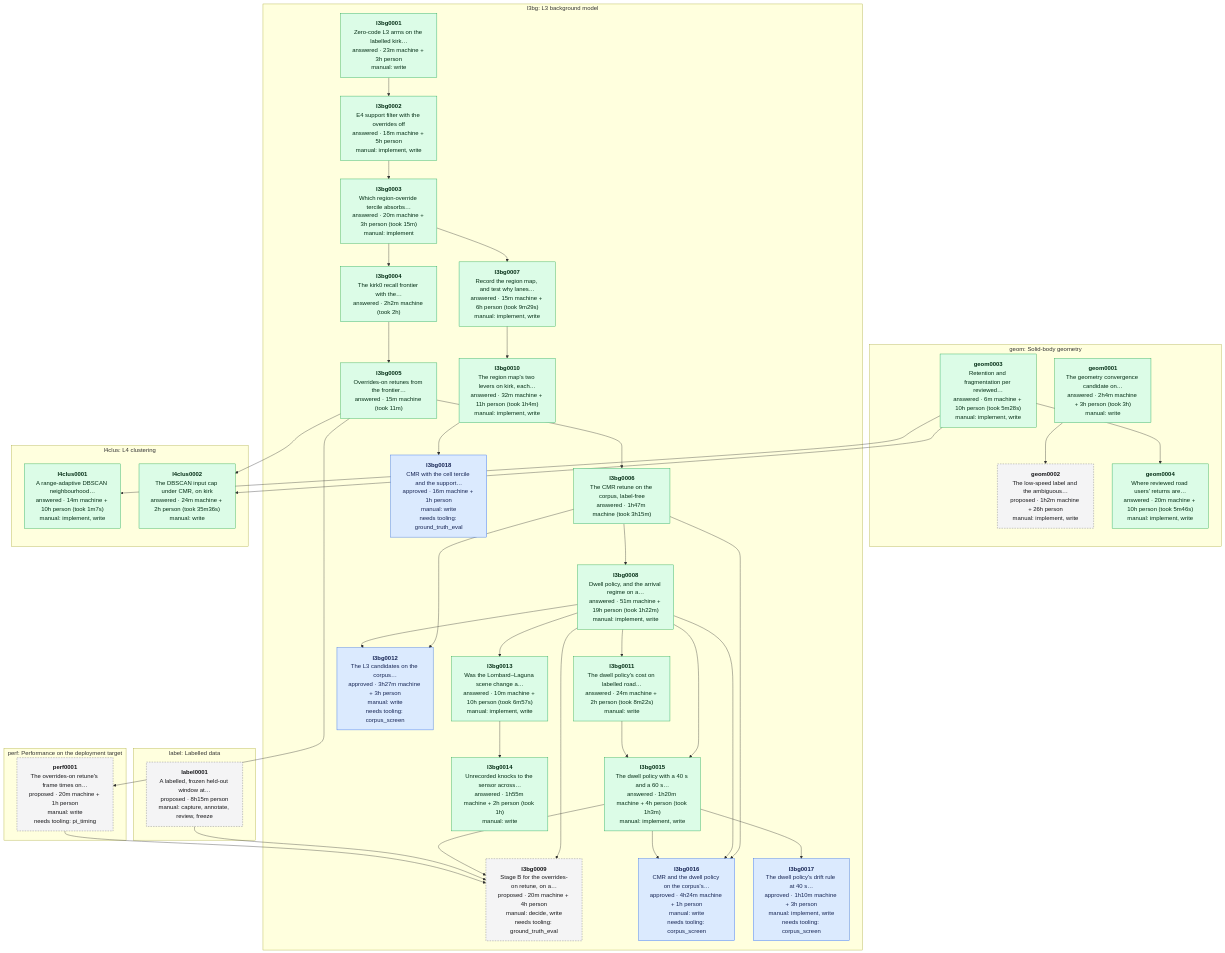
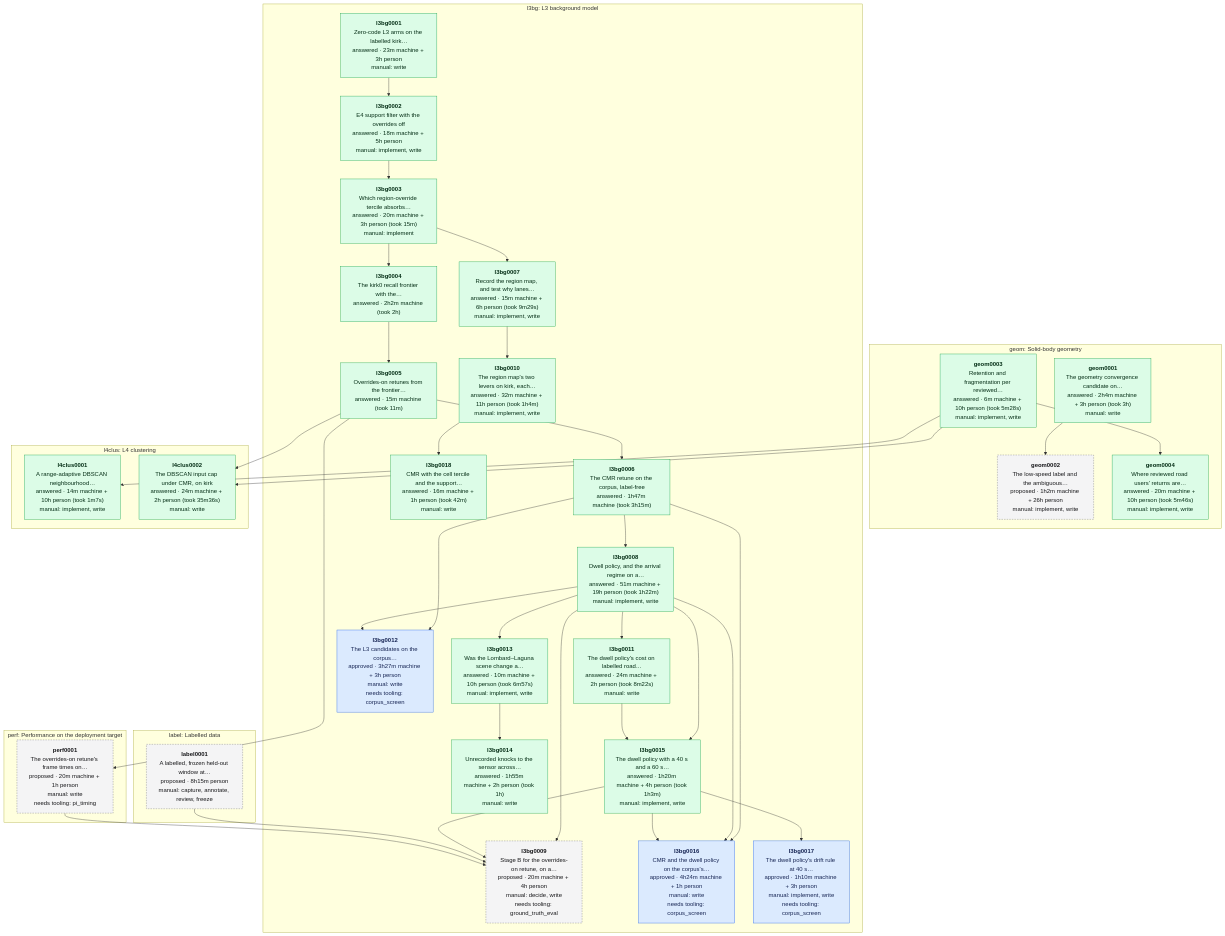
The diagram in data/experiments/DEPENDENCIES.md (banshee-data/velocity.report), drawn with Mermaid before and after one commit. The commit also changed other lines of this file and 3 other files, not shown here.

Commit message:
[ai][docs] l3bg0018 answered; Stage B's spec notes the 40 s arm and the support-filter candidate

````diff
--- a/data/experiments/DEPENDENCIES.md
+++ b/data/experiments/DEPENDENCIES.md
@@ -7,73 +7,73 @@
 ```mermaid
 flowchart TB
   classDef proposed fill:#f4f4f5,stroke:#71717a,stroke-dasharray:4 3,color:#18181b
   classDef approved fill:#dbeafe,stroke:#2563eb,color:#172554
   classDef answered fill:#dcfce7,stroke:#16a34a,color:#052e16
   classDef retired fill:#fafafa,stroke:#d4d4d8,color:#71717a
   subgraph area_geom ["geom: Solid-body geometry"]
     geom0001["<b>geom0001</b><br/>The geometry convergence candidate on…<br/>answered · 2h4m machine + 3h person (took 3h)<br/>manual: write"]:::answered
     geom0002["<b>geom0002</b><br/>The low-speed label and the ambiguous…<br/>proposed · 1h2m machine + 26h person<br/>manual: implement, write"]:::proposed
     geom0003["<b>geom0003</b><br/>Retention and fragmentation per reviewed…<br/>answered · 6m machine + 10h person (took 5m28s)<br/>manual: implement, write"]:::answered
     geom0004["<b>geom0004</b><br/>Where reviewed road users' returns are…<br/>answered · 20m machine + 10h person (took 5m46s)<br/>manual: implement, write"]:::answered
   end
   subgraph area_l3bg ["l3bg: L3 background model"]
     l3bg0001["<b>l3bg0001</b><br/>Zero-code L3 arms on the labelled kirk…<br/>answered · 23m machine + 3h person<br/>manual: write"]:::answered
     l3bg0002["<b>l3bg0002</b><br/>E4 support filter with the overrides off<br/>answered · 18m machine + 5h person<br/>manual: implement, write"]:::answered
     l3bg0003["<b>l3bg0003</b><br/>Which region-override tercile absorbs…<br/>answered · 20m machine + 3h person (took 15m)<br/>manual: implement"]:::answered
     l3bg0004["<b>l3bg0004</b><br/>The kirk0 recall frontier with the…<br/>answered · 2h2m machine (took 2h)"]:::answered
     l3bg0005["<b>l3bg0005</b><br/>Overrides-on retunes from the frontier…<br/>answered · 15m machine (took 11m)"]:::answered
     l3bg0006["<b>l3bg0006</b><br/>The CMR retune on the corpus, label-free<br/>answered · 1h47m machine (took 3h15m)"]:::answered
     l3bg0007["<b>l3bg0007</b><br/>Record the region map, and test why lanes…<br/>answered · 15m machine + 6h person (took 9m29s)<br/>manual: implement, write"]:::answered
     l3bg0008["<b>l3bg0008</b><br/>Dwell policy, and the arrival regime on a…<br/>answered · 51m machine + 19h person (took 1h22m)<br/>manual: implement, write"]:::answered
     l3bg0009["<b>l3bg0009</b><br/>Stage B for the overrides-on retune, on a…<br/>proposed · 20m machine + 4h person<br/>manual: decide, write<br/>needs tooling: ground_truth_eval"]:::proposed
     l3bg0010["<b>l3bg0010</b><br/>The region map's two levers on kirk, each…<br/>answered · 32m machine + 11h person (took 1h4m)<br/>manual: implement, write"]:::answered
     l3bg0011["<b>l3bg0011</b><br/>The dwell policy's cost on labelled road…<br/>answered · 24m machine + 2h person (took 8m22s)<br/>manual: write"]:::answered
     l3bg0012["<b>l3bg0012</b><br/>The L3 candidates on the corpus…<br/>approved · 3h27m machine + 3h person<br/>manual: write<br/>needs tooling: corpus_screen"]:::approved
     l3bg0013["<b>l3bg0013</b><br/>Was the Lombard–Laguna scene change a…<br/>answered · 10m machine + 10h person (took 6m57s)<br/>manual: implement, write"]:::answered
     l3bg0014["<b>l3bg0014</b><br/>Unrecorded knocks to the sensor across…<br/>answered · 1h55m machine + 2h person (took 1h)<br/>manual: write"]:::answered
     l3bg0015["<b>l3bg0015</b><br/>The dwell policy with a 40 s and a 60 s…<br/>answered · 1h20m machine + 4h person (took 1h3m)<br/>manual: implement, write"]:::answered
     l3bg0016["<b>l3bg0016</b><br/>CMR and the dwell policy on the corpus's…<br/>approved · 4h24m machine + 1h person<br/>manual: write<br/>needs tooling: corpus_screen"]:::approved
     l3bg0017["<b>l3bg0017</b><br/>The dwell policy's drift rule at 40 s…<br/>approved · 1h10m machine + 3h person<br/>manual: implement, write<br/>needs tooling: corpus_screen"]:::approved
-    l3bg0018["<b>l3bg0018</b><br/>CMR with the cell tercile and the support…<br/>approved · 16m machine + 1h person<br/>manual: write<br/>needs tooling: ground_truth_eval"]:::approved
+    l3bg0018["<b>l3bg0018</b><br/>CMR with the cell tercile and the support…<br/>answered · 16m machine + 1h person (took 42m)<br/>manual: write"]:::answered
   end
   subgraph area_l4clus ["l4clus: L4 clustering"]
     l4clus0001["<b>l4clus0001</b><br/>A range-adaptive DBSCAN neighbourhood…<br/>answered · 14m machine + 10h person (took 1m7s)<br/>manual: implement, write"]:::answered
     l4clus0002["<b>l4clus0002</b><br/>The DBSCAN input cap under CMR, on kirk<br/>answered · 24m machine + 2h person (took 35m36s)<br/>manual: write"]:::answered
   end
   subgraph area_label ["label: Labelled data"]
     label0001["<b>label0001</b><br/>A labelled, frozen held-out window at…<br/>proposed · 8h15m person<br/>manual: capture, annotate, review, freeze"]:::proposed
   end
   subgraph area_perf ["perf: Performance on the deployment target"]
     perf0001["<b>perf0001</b><br/>The overrides-on retune's frame times on…<br/>proposed · 20m machine + 1h person<br/>manual: write<br/>needs tooling: pi_timing"]:::proposed
   end
   geom0001 --> geom0002
   geom0003 --> geom0004
   l3bg0001 --> l3bg0002
   l3bg0002 --> l3bg0003
   l3bg0003 --> l3bg0004
   l3bg0004 --> l3bg0005
   l3bg0005 --> l3bg0006
   l3bg0003 --> l3bg0007
   l3bg0006 --> l3bg0008
   l3bg0008 --> l3bg0009
   l3bg0015 --> l3bg0009
   label0001 --> l3bg0009
   perf0001 --> l3bg0009
   l3bg0007 --> l3bg0010
   l3bg0008 --> l3bg0011
   l3bg0006 --> l3bg0012
   l3bg0008 --> l3bg0012
   l3bg0008 --> l3bg0013
   l3bg0013 --> l3bg0014
   l3bg0008 --> l3bg0015
   l3bg0011 --> l3bg0015
   l3bg0006 --> l3bg0016
   l3bg0008 --> l3bg0016
   l3bg0015 --> l3bg0016
   l3bg0015 --> l3bg0017
   l3bg0010 --> l3bg0018
   geom0003 --> l4clus0001
   geom0003 --> l4clus0002
   l3bg0005 --> l4clus0002
   l3bg0005 --> perf0001
 ```
````
